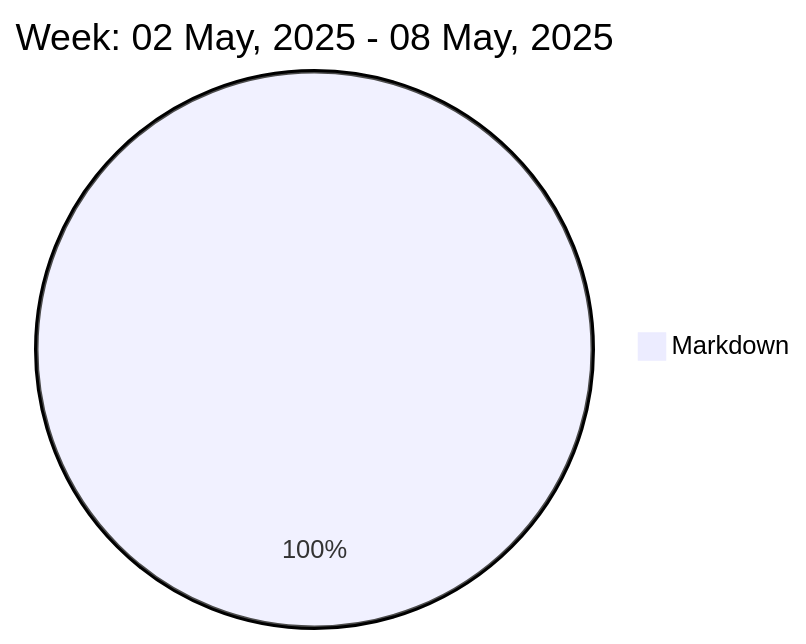
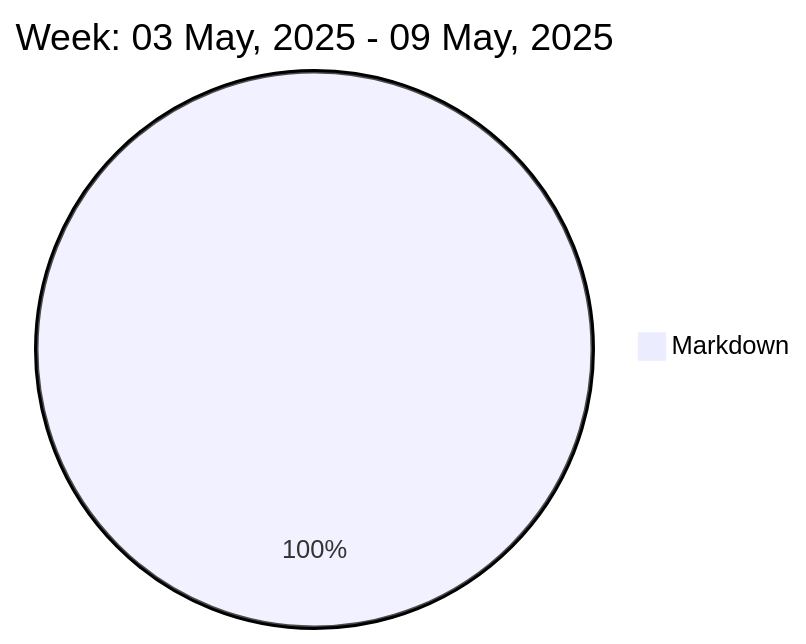
One commit to liubin95/liubin95 changed the diagram in README.md. Above: the diagram before and after it, drawn with Mermaid.

Commit message:
Updated the Graph with new Metrics

````diff
--- a/README.md
+++ b/README.md
@@ -37,5 +37,5 @@
 ```mermaid
  pie
-title Week: 02 May, 2025 - 08 May, 2025
- "Markdown" : 2.75
+title Week: 03 May, 2025 - 09 May, 2025
+ "Markdown" : 3.72
 ```
````
